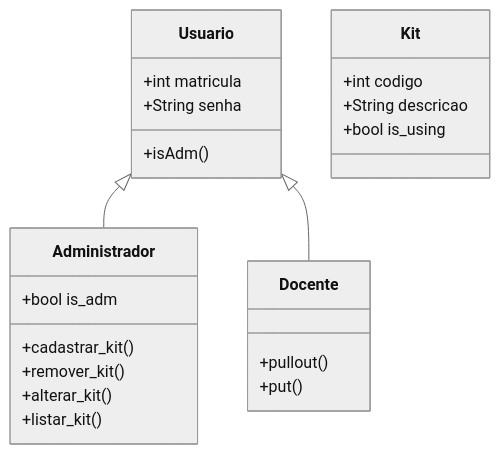
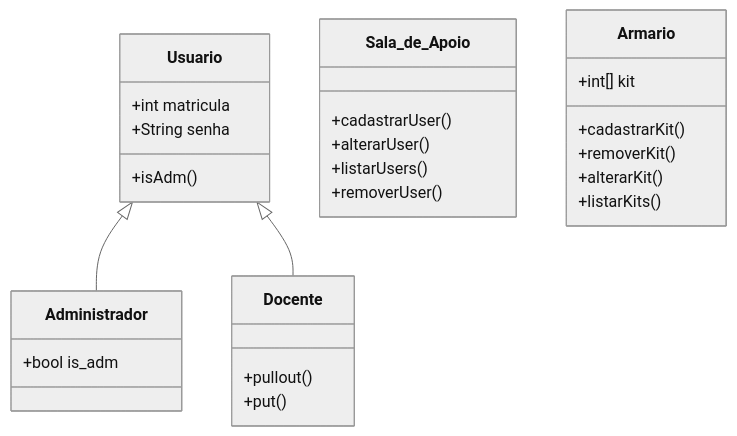
One commit to marlemM/SCMA changed the first of 2 diagrams in Docs/Modelo de Dados.md. Above: the diagram before and after it, drawn with Mermaid (neutral theme). The commit also changed other lines of this file and 3 other files, not shown here.

````diff
--- a/Docs/Modelo de Dados.md
+++ b/Docs/Modelo de Dados.md
@@ -11,25 +11,29 @@
 ```mermaid
 classDiagram
       Usuario <|-- Administrador
       Usuario <|-- Docente
       Usuario : +int matricula
       Usuario : +String senha
       Usuario : +isAdm()
 
       class Administrador{
         +bool is_adm
-        +cadastrar_kit()
-        +remover_kit()
-        +alterar_kit()
-        +listar_kit()
       }
       class Docente{
         +pullout()
         +put()
       }
-      class Kit{
-        +int codigo
-        +String descricao
-        +bool is_using
+      class Sala_de_Apoio{
+        +cadastrarUser()
+        +alterarUser()
+        +listarUsers()
+        +removerUser()
+      }
+      class Armario{
+        +int[] kit
+        +cadastrarKit()
+        +removerKit()
+        +alterarKit()
+        +listarKits()
       }
 ```
````
